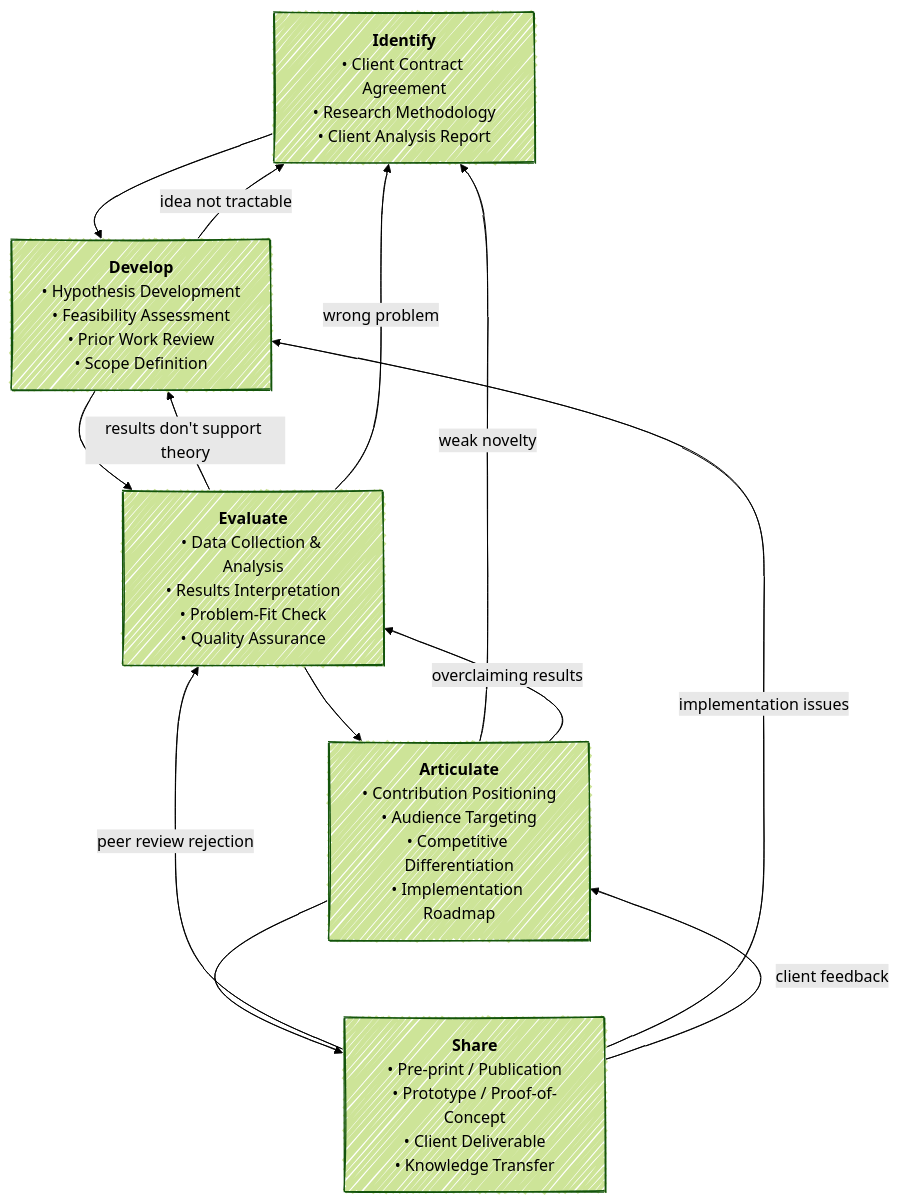
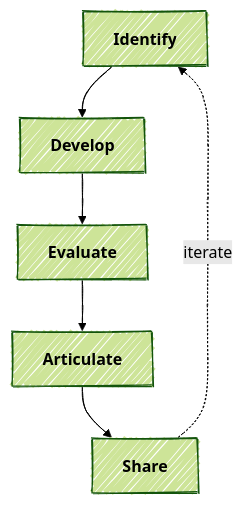
The diagram in README.md (athrael-soju/framework-generator), drawn with Mermaid (forest theme) before and after one commit. The commit also changed other lines of this file, not shown here.

Commit message:
Refine README.md flowchart and descriptions for clarity and accuracy

````diff
--- a/README.md
+++ b/README.md
@@ -4,20 +4,13 @@
 ```mermaid
 ---
 config:
   layout: dagre
   look: handDrawn
 ---
 flowchart TB
-    I["<b>Identify</b><br>• Client Contract Agreement<br>• Research Methodology<br>• Client Analysis Report"] --> D["<b>Develop</b><br>• Hypothesis Development<br>• Feasibility Assessment<br>• Prior Work Review<br>• Scope Definition"]
-    D --> E["<b>Evaluate</b><br>• Data Collection &amp; Analysis<br>• Results Interpretation<br>• Problem-Fit Check<br>• Quality Assurance"]
-    E --> A["<b>Articulate</b><br>• Contribution Positioning<br>• Audience Targeting<br>• Competitive Differentiation<br>• Implementation Roadmap"]
-    A --> S["<b>Share</b><br>• Pre-print / Publication<br>• Prototype / Proof-of-Concept<br>• Client Deliverable<br>• Knowledge Transfer"]
-    A -- weak novelty --> I
-    A -- overclaiming results --> E
-    E -- results don't support theory --> D
-    E -- wrong problem --> I
-    D -- idea not tractable --> I
-    S -- peer review rejection --> E
-    S -- implementation issues --> D
-    S -- client feedback --> A
+    I["<b>Identify</b>"] --> D["<b>Develop</b>"]
+    D --> E["<b>Evaluate</b>"]
+    E --> A["<b>Articulate</b>"]
+    A --> S["<b>Share</b>"]
+    S -.-> |iterate| I
 ```
````
